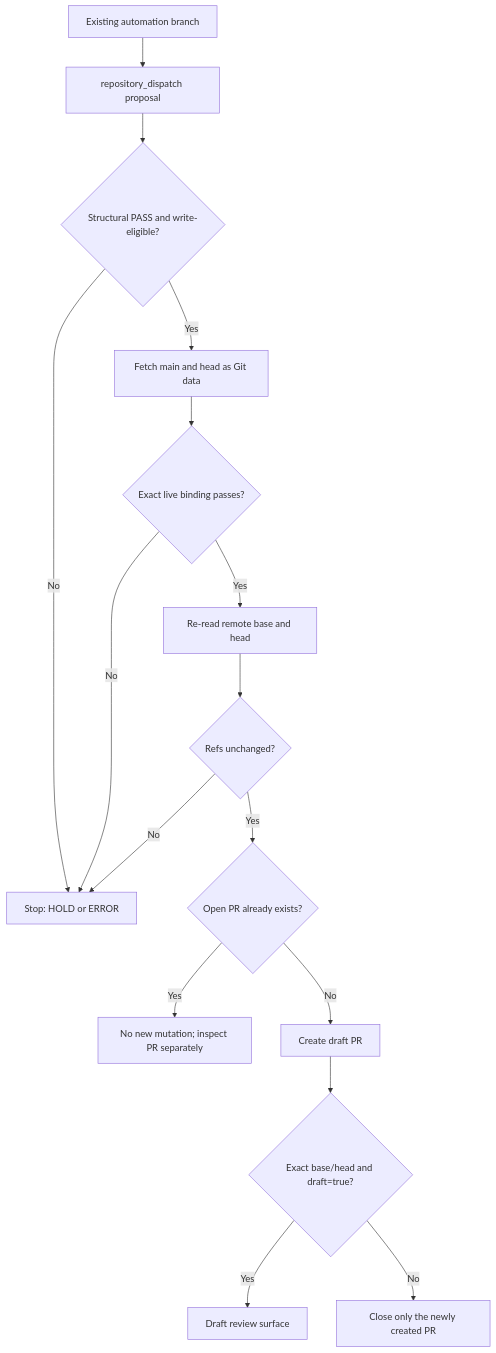
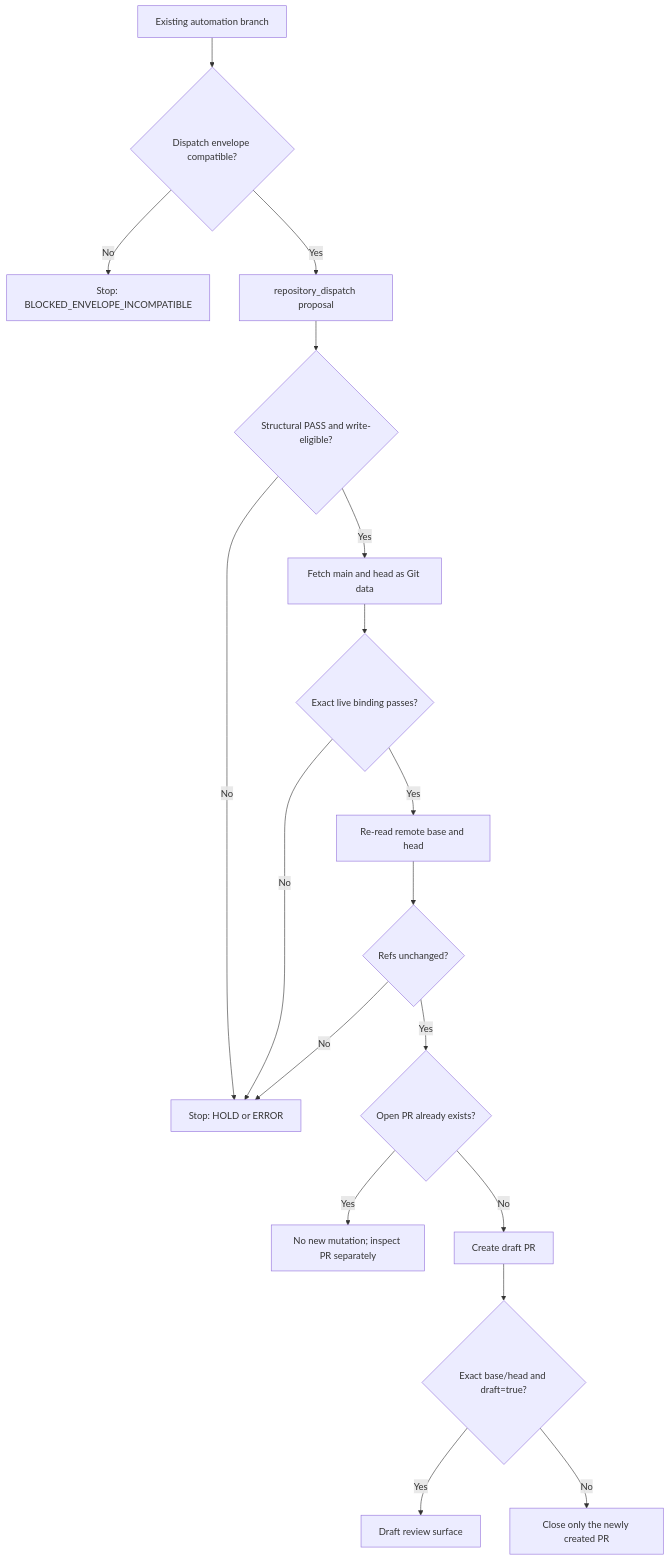
Before and after one commit to bartytime4life/Kansas-Frontier-Matrix: the diagram in docs/runbooks/AUTOMATION_DRAFT_PR_OPENER.md, drawn with Mermaid. The commit also changed other lines of this file, not shown here.

Commit message:
docs(runbooks): record dispatch envelope block

````diff
--- a/docs/runbooks/AUTOMATION_DRAFT_PR_OPENER.md
+++ b/docs/runbooks/AUTOMATION_DRAFT_PR_OPENER.md
@@ -100,18 +101,20 @@
 ```mermaid
 flowchart TD
-    A[Existing automation branch] --> B[repository_dispatch proposal]
+    A[Existing automation branch] --> P{Dispatch envelope compatible?}
+    P -- No --> Q[Stop: BLOCKED_ENVELOPE_INCOMPATIBLE]
+    P -- Yes --> B[repository_dispatch proposal]
     B --> C{Structural PASS and write-eligible?}
     C -- No --> X[Stop: HOLD or ERROR]
     C -- Yes --> D[Fetch main and head as Git data]
     D --> E{Exact live binding passes?}
     E -- No --> X
     E -- Yes --> F[Re-read remote base and head]
     F --> G{Refs unchanged?}
     G -- No --> X
     G -- Yes --> H{Open PR already exists?}
     H -- Yes --> I[No new mutation; inspect PR separately]
     H -- No --> J[Create draft PR]
     J --> K{Exact base/head and draft=true?}
     K -- Yes --> L[Draft review surface]
     K -- No --> M[Close only the newly created PR]
 ```
````
